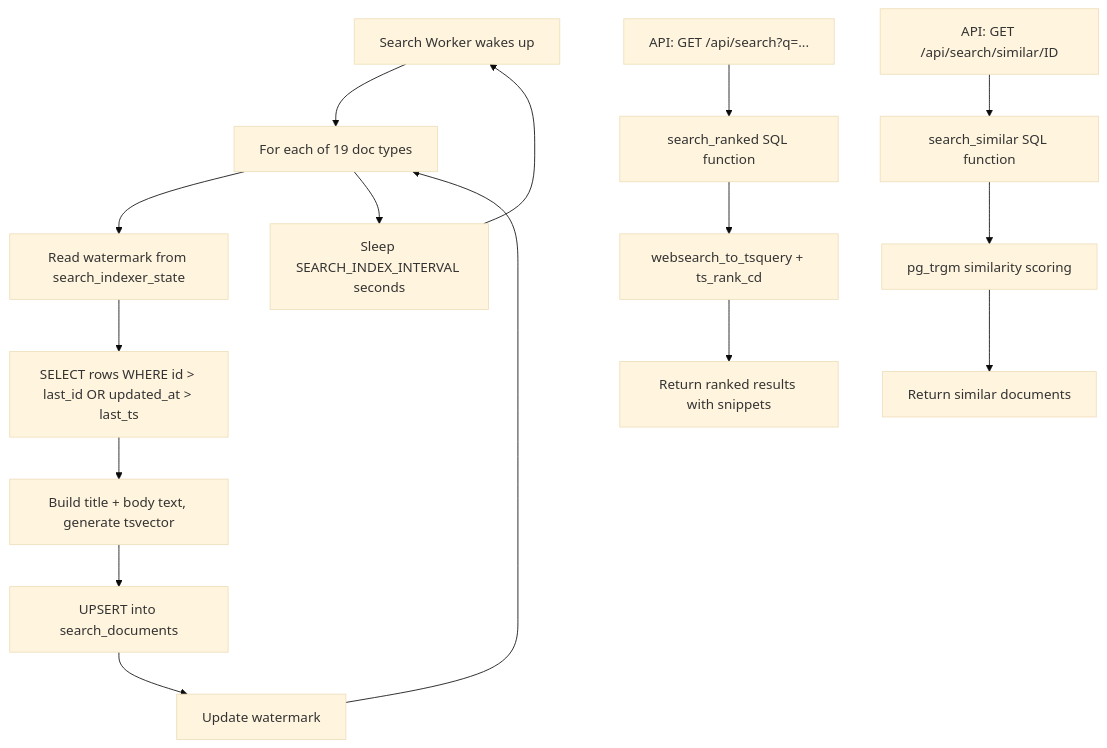
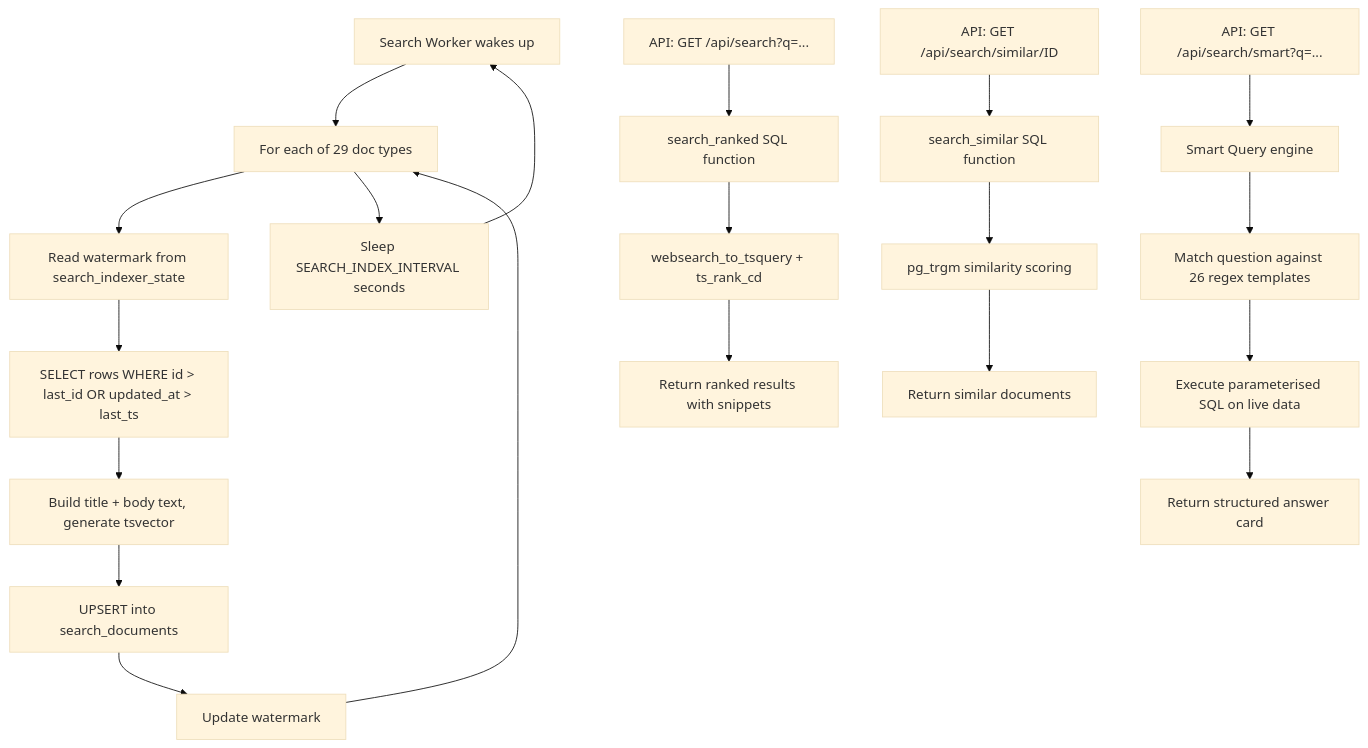
One commit to erezrozenbaum/pf9-mngt changed the tenth of 10 diagrams in docs/ARCHITECTURE.md. Above: the diagram before and after it, drawn with Mermaid (base theme). The commit also changed other lines of this file and 16 other files, not shown here.

First line of the commit message:
v1.20.4 — Smart Query Templates, quota metering, discoverability UI, 7 new indexers, enriched search

````diff
--- a/docs/ARCHITECTURE.md
+++ b/docs/ARCHITECTURE.md
@@ -1234,18 +1236,22 @@
 ```mermaid
 graph TD
-    A[Search Worker wakes up] --> B[For each of 19 doc types]
+    A[Search Worker wakes up] --> B[For each of 29 doc types]
     B --> C[Read watermark from search_indexer_state]
     C --> D[SELECT rows WHERE id > last_id OR updated_at > last_ts]
     D --> E[Build title + body text, generate tsvector]
     E --> F[UPSERT into search_documents]
     F --> G[Update watermark]
     G --> B
     B --> H[Sleep SEARCH_INDEX_INTERVAL seconds]
     H --> A
     I[API: GET /api/search?q=...] --> J[search_ranked SQL function]
     J --> K[websearch_to_tsquery + ts_rank_cd]
     K --> L[Return ranked results with snippets]
     M[API: GET /api/search/similar/ID] --> N[search_similar SQL function]
     N --> O[pg_trgm similarity scoring]
     O --> P[Return similar documents]
+    Q[API: GET /api/search/smart?q=...] --> R[Smart Query engine]
+    R --> S[Match question against 26 regex templates]
+    S --> T[Execute parameterised SQL on live data]
+    T --> U[Return structured answer card]
 ```
````
